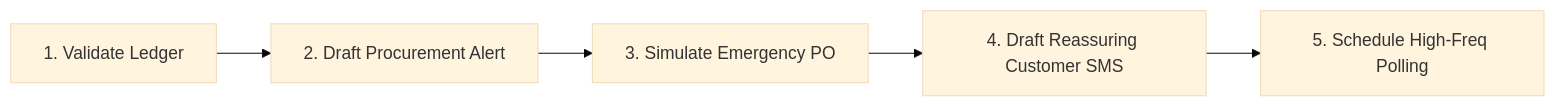
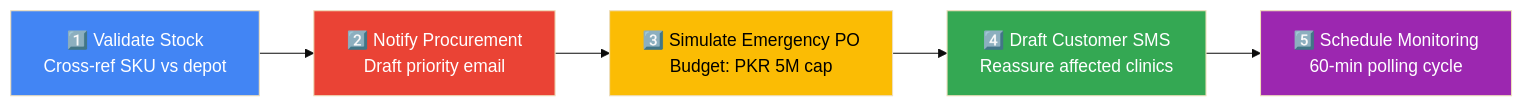
The sixth of 7 diagrams in README.md (Zainab2725/optiflow), drawn with Mermaid (base theme) before and after one commit. The commit also changed other lines of this file and 4 other files, not shown here.

````diff
--- a/README.md
+++ b/README.md
@@ -66,7 +244,13 @@
 ```mermaid
 flowchart LR
-    S1[1. Validate Ledger] --> S2[2. Draft Procurement Alert]
-    S2 --> S3[3. Simulate Emergency PO]
-    S3 --> S4[4. Draft Reassuring Customer SMS]
-    S4 --> S5[5. Schedule High-Freq Polling]
+    S1["1️⃣ Validate Stock<br/>Cross-ref SKU vs depot"] --> S2["2️⃣ Notify Procurement<br/>Draft priority email"]
+    S2 --> S3["3️⃣ Simulate Emergency PO<br/>Budget: PKR 5M cap"]
+    S3 --> S4["4️⃣ Draft Customer SMS<br/>Reassure affected clinics"]
+    S4 --> S5["5️⃣ Schedule Monitoring<br/>60-min polling cycle"]
+
+    style S1 fill:#4285F4,color:#fff
+    style S2 fill:#EA4335,color:#fff
+    style S3 fill:#FBBC04,color:#000
+    style S4 fill:#34A853,color:#fff
+    style S5 fill:#9C27B0,color:#fff
 ```
````
